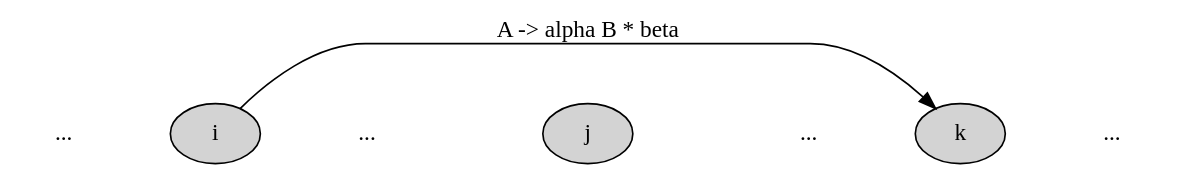
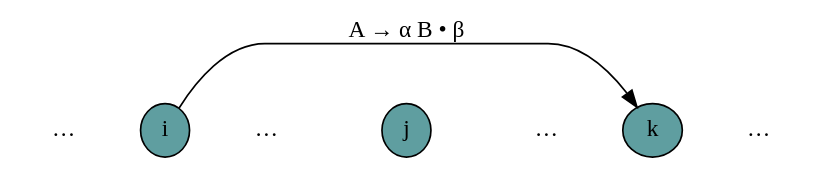
Before and after one commit to nltk/nltk_book: the diagram in images/chart_fr2.dot, drawn with Graphviz. The commit also changed 22 other files, not shown here.

```diff
--- a/images/chart_fr2.dot
+++ b/images/chart_fr2.dot
@@ -1,28 +1,30 @@
 digraph x {
    rankdir=LR;
+   ranksep=0.25;  
    
    /* The nodes */
    {
-       node [style=filled, color=black, fillcolor=lightgray];
+       node [style=filled,height=0.1,width=0.1,fillcolor=cadetblue];
        1 [label="i"];
        2 [label="j"];
        3 [label="k"];
    }
 
    /* The sentence */
    {
        edge [style=invis, weight=100];
        node [shape=plaintext];
        dots1->1->dots2->2->dots3->3->dots4;
-       dots1 [label="..."];
-       dots2 [label="..."];
-       dots3 [label="..."];
-       dots4 [label="..."];
+       dots1 [label="&hellip;"];
+       dots2 [label="&hellip;"];
+       dots3 [label="&hellip;"];
+       dots4 [label="&hellip;"];
    }
    
    /* Edges */
    {
-       1->3 [label="A -> alpha B * beta"];
+       edge [fontname=LucidaGrande];
+       1->3 [label="A &rarr; &alpha; B &bull; &beta; "];
    }
 
 }
```
